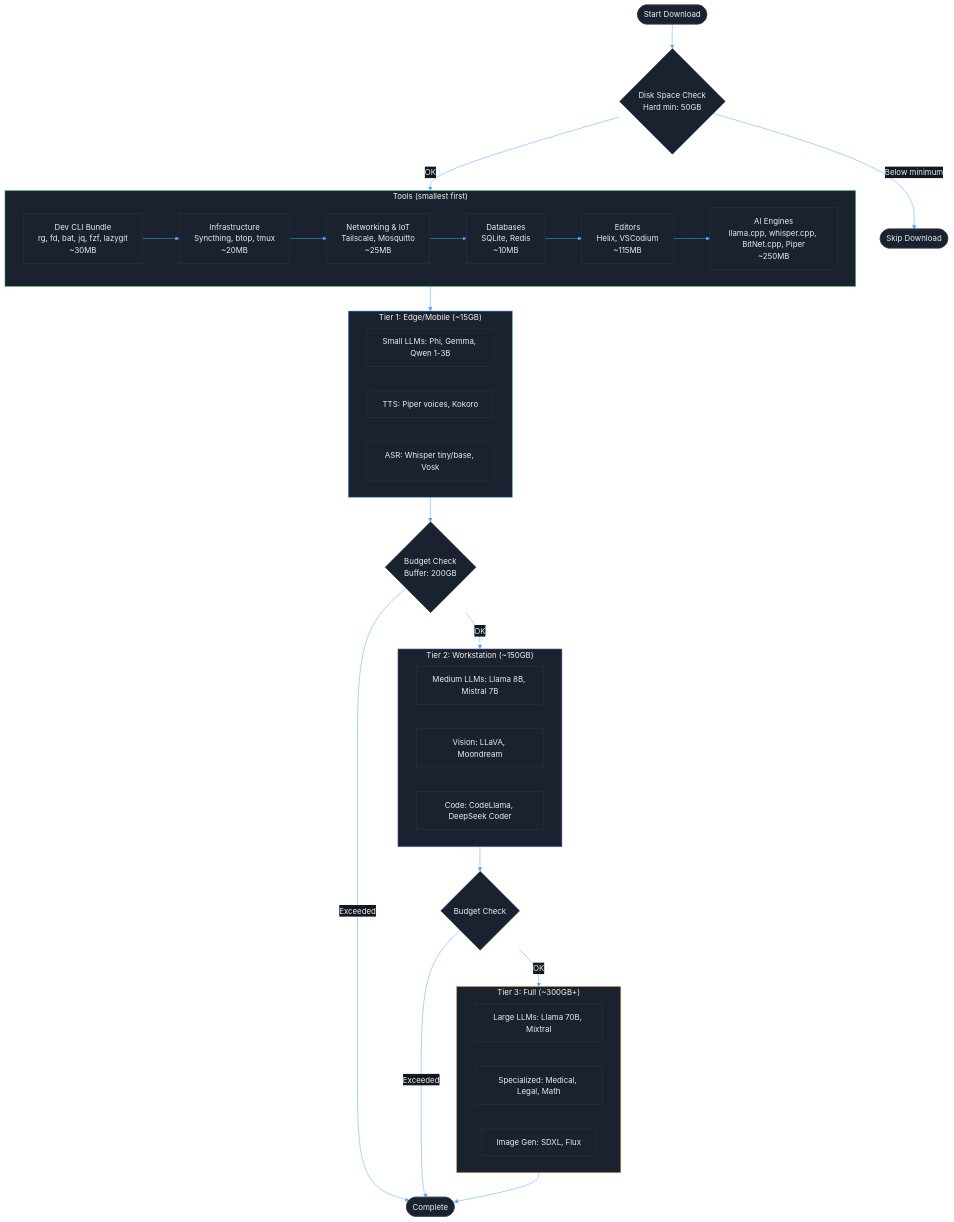
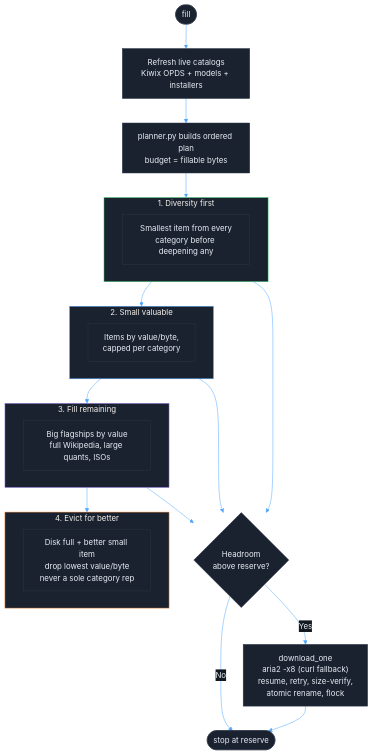
One commit to mvalancy/val-ark changed the second of 6 diagrams in docs/ARCHITECTURE.md. Above: the diagram before and after it, drawn with Mermaid. The commit also changed other lines of this file and 13 other files, not shown here.

First line of the commit message:
docs: full sweep — refresh every .md to match the current system

````diff
--- a/docs/ARCHITECTURE.md
+++ b/docs/ARCHITECTURE.md
@@ -93,58 +99,44 @@
 ```mermaid
 %%{init: {'theme': 'base', 'themeVariables': {
   'primaryColor': '#1a2230',
   'primaryBorderColor': '#2a3545',
   'primaryTextColor': '#e8edf4',
   'lineColor': '#4da6ff',
   'secondaryColor': '#131921',
   'tertiaryColor': '#0a0e14'
 }}}%%
 flowchart TD
-    START([Start Download]) --> DISK{Disk Space Check<br/>Hard min: 50GB}
-    DISK -->|Below minimum| ABORT([Skip Download])
-    DISK -->|OK| TOOLS
+    START([fill]) --> REFRESH["Refresh live catalogs<br/>Kiwix OPDS + models + installers"]
+    REFRESH --> PLANNER["planner.py builds ordered plan<br/>budget = fillable bytes"]
+    PLANNER --> P1
 
-    subgraph TOOLS["Tools (smallest first)"]
-        style TOOLS fill:#1a2230,stroke:#4ade80
-        T1["Dev CLI Bundle<br/>rg, fd, bat, jq, fzf, lazygit<br/>~30MB"]
-        T2["Infrastructure<br/>Syncthing, btop, tmux<br/>~20MB"]
-        T3["Networking & IoT<br/>Tailscale, Mosquitto<br/>~25MB"]
-        T4["Databases<br/>SQLite, Redis<br/>~10MB"]
-        T5["Editors<br/>Helix, VSCodium<br/>~115MB"]
-        T6["AI Engines<br/>llama.cpp, whisper.cpp, BitNet.cpp, Piper<br/>~250MB"]
-        T1 --> T2 --> T3 --> T4 --> T5 --> T6
+    subgraph P1["1. Diversity first"]
+        style P1 fill:#1a2230,stroke:#4ade80
+        D1["Smallest item from every<br/>category before deepening any"]
     end
 
-    TOOLS --> TIER1
-
-    subgraph TIER1["Tier 1: Edge/Mobile (~15GB)"]
-        style TIER1 fill:#1a2230,stroke:#4da6ff
-        M1["Small LLMs: Phi, Gemma, Qwen 1-3B"]
-        M2["TTS: Piper voices, Kokoro"]
-        M3["ASR: Whisper tiny/base, Vosk"]
+    P1 --> P2
+    subgraph P2["2. Small valuable"]
+        style P2 fill:#1a2230,stroke:#4da6ff
+        D2["Items by value/byte,<br/>capped per category"]
     end
 
-    TIER1 --> BUDGET1{Budget Check<br/>Buffer: 200GB}
-    BUDGET1 -->|OK| TIER2
-
-    subgraph TIER2["Tier 2: Workstation (~150GB)"]
-        style TIER2 fill:#1a2230,stroke:#a78bfa
-        M4["Medium LLMs: Llama 8B, Mistral 7B"]
-        M5["Vision: LLaVA, Moondream"]
-        M6["Code: CodeLlama, DeepSeek Coder"]
+    P2 --> P3
+    subgraph P3["3. Fill remaining"]
+        style P3 fill:#1a2230,stroke:#a78bfa
+        D3["Big flagships by value<br/>full Wikipedia, large quants, ISOs"]
     end
 
-    TIER2 --> BUDGET2{Budget Check}
-    BUDGET2 -->|OK| TIER3
-
-    subgraph TIER3["Tier 3: Full (~300GB+)"]
-        style TIER3 fill:#1a2230,stroke:#fb923c
-        M7["Large LLMs: Llama 70B, Mixtral"]
-        M8["Specialized: Medical, Legal, Math"]
-        M9["Image Gen: SDXL, Flux"]
+    P3 --> P4
+    subgraph P4["4. Evict for better"]
+        style P4 fill:#1a2230,stroke:#fb923c
+        D4["Disk full + better small item<br/>drop lowest value/byte<br/>never a sole category rep"]
     end
 
-    TIER3 --> DONE([Complete])
-    BUDGET1 -->|Exceeded| DONE
-    BUDGET2 -->|Exceeded| DONE
+    P1 --> DL{Headroom<br/>above reserve?}
+    P2 --> DL
+    P3 --> DL
+    DL -->|No| DONE([stop at reserve])
+    DL -->|Yes| GET["download_one<br/>aria2 -x8 (curl fallback)<br/>resume, retry, size-verify,<br/>atomic rename, flock"]
+    GET --> DONE
 ```
````
